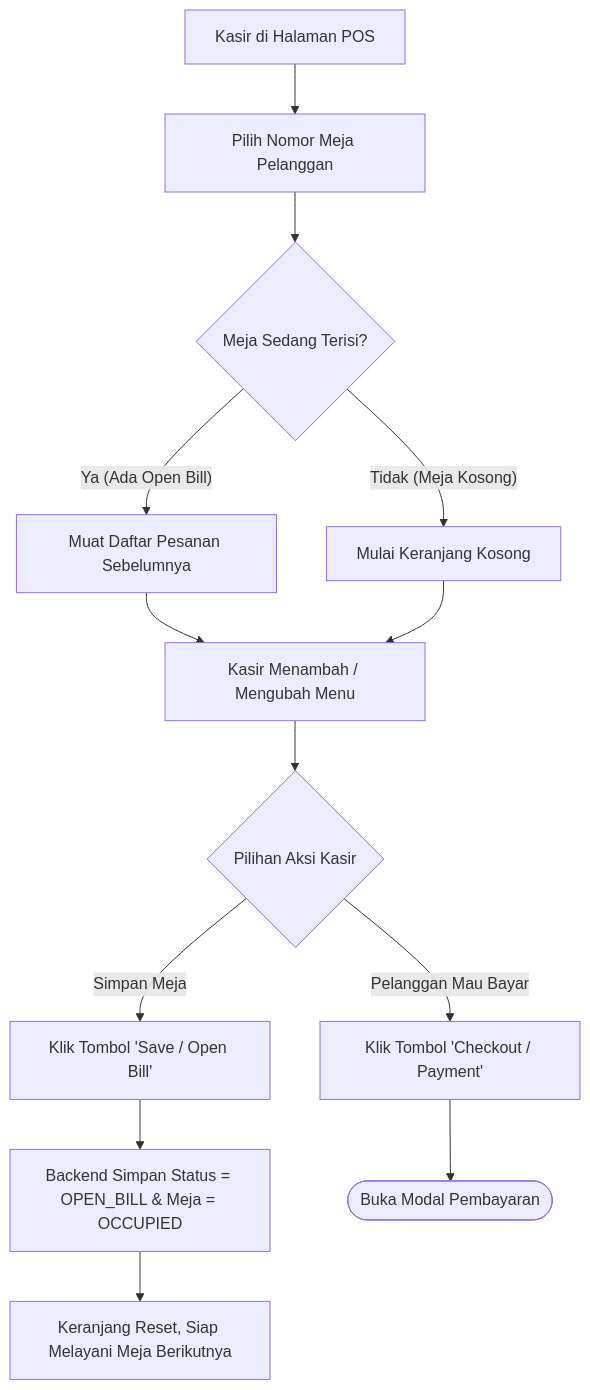
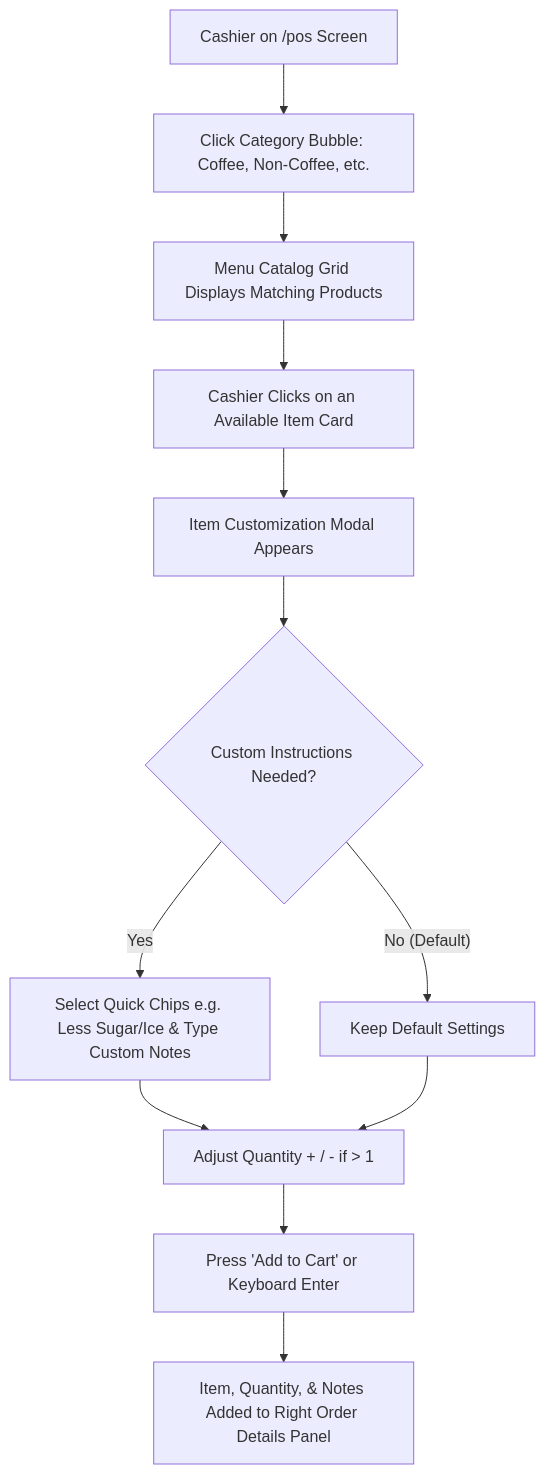
The second of 6 diagrams in docs/3_USER_FLOW.md (20alfiansyah/secondacc), drawn with Mermaid before and after one commit. The commit also changed other lines of this file and 31 other files, not shown here.

````diff
--- a/docs/3_USER_FLOW.md
+++ b/docs/3_USER_FLOW.md
@@ -20,15 +23,14 @@
 ```mermaid
 flowchart TD
-    A[Kasir di Halaman POS] --> B[Pilih Nomor Meja Pelanggan]
-    B --> C{Meja Sedang Terisi?}
-    C -- Ya (Ada Open Bill) --> D[Muat Daftar Pesanan Sebelumnya]
-    C -- Tidak (Meja Kosong) --> E[Mulai Keranjang Kosong]
-    D --> F[Kasir Menambah / Mengubah Menu]
-    E --> F
-    F --> G{Pilihan Aksi Kasir}
-    G -- Simpan Meja --> H[Klik Tombol 'Save / Open Bill']
-    H --> I[Backend Simpan Status = OPEN_BILL & Meja = OCCUPIED]
-    I --> J[Keranjang Reset, Siap Melayani Meja Berikutnya]
-    G -- Pelanggan Mau Bayar --> K[Klik Tombol 'Checkout / Payment']
-    K --> L([Buka Modal Pembayaran])
+    A[Cashier on /pos Screen] --> B[Click Category Bubble: Coffee, Non-Coffee, etc.]
+    B --> C[Menu Catalog Grid Displays Matching Products]
+    C --> D[Cashier Clicks on an Available Item Card]
+    D --> E[Item Customization Modal Appears]
+    E --> F{Custom Instructions Needed?}
+    F -- Yes --> G[Select Quick Chips e.g. Less Sugar/Ice & Type Custom Notes]
+    F -- No (Default) --> H[Keep Default Settings]
+    G --> I[Adjust Quantity + / - if > 1]
+    H --> I
+    I --> J[Press 'Add to Cart' or Keyboard Enter]
+    J --> K[Item, Quantity, & Notes Added to Right Order Details Panel]
 ```
````
